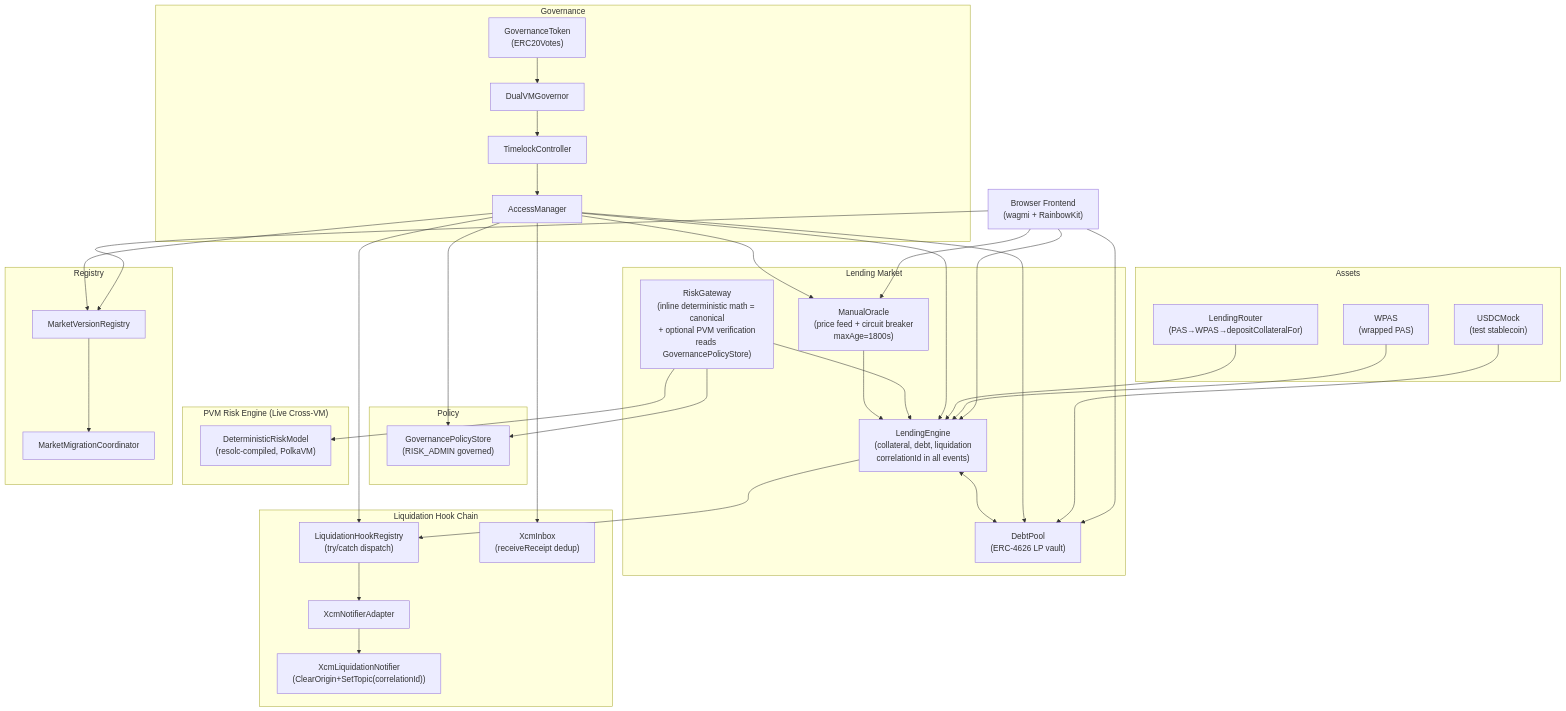
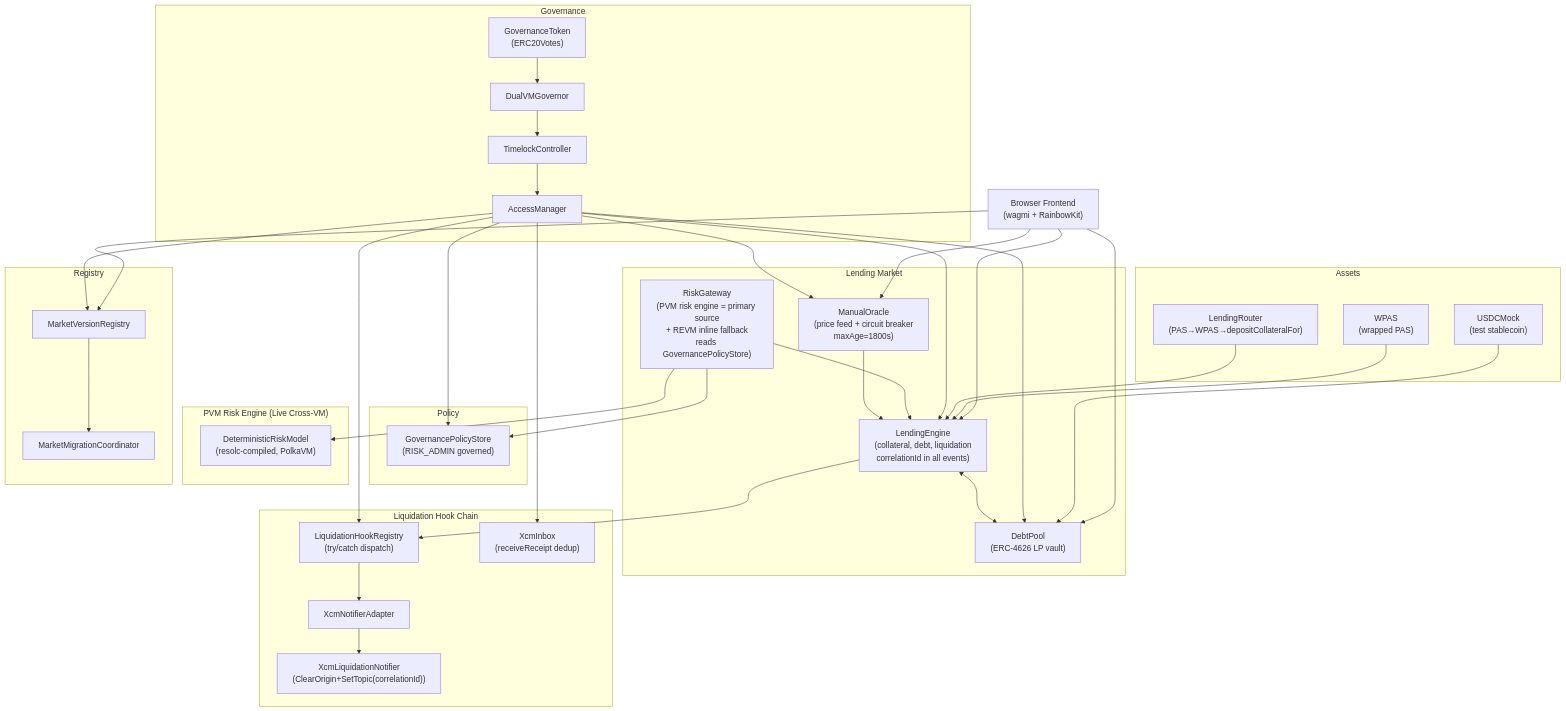
One commit to symulacr/dualvm-lending changed the first of 10 diagrams in README.md. Above: the diagram before and after it, drawn with Mermaid. The commit also changed other lines of this file and 410 other files, not shown here.

First line of the commit message:
docs: Track 2 verification evidence + updated docs for PVM-primary architecture

````diff
--- a/README.md
+++ b/README.md
@@ -46,56 +48,56 @@
 ```mermaid
 flowchart TB
   subgraph Governance
     GT["GovernanceToken\n(ERC20Votes)"] --> GOV["DualVMGovernor"]
     GOV --> TL["TimelockController"]
     TL --> AM["AccessManager"]
   end
 
   subgraph Policy
     GPS["GovernancePolicyStore\n(RISK_ADMIN governed)"]
   end
 
   subgraph Market["Lending Market"]
     LE["LendingEngine\n(collateral, debt, liquidation\ncorrelationId in all events)"]
     DP["DebtPool\n(ERC-4626 LP vault)"]
     MO["ManualOracle\n(price feed + circuit breaker\nmaxAge=1800s)"]
-    RG["RiskGateway\n(inline deterministic math = canonical\n+ optional PVM verification\nreads GovernancePolicyStore)"]
+    RG["RiskGateway\n(PVM risk engine = primary source\n+ REVM inline fallback\nreads GovernancePolicyStore)"]
     LE <--> DP
     MO --> LE
     RG --> LE
   end
 
   subgraph PVM["PVM Risk Engine (Live Cross-VM)"]
     QE["DeterministicRiskModel\n(resolc-compiled, PolkaVM)"]
   end
 
   subgraph Hooks["Liquidation Hook Chain"]
     HR["LiquidationHookRegistry\n(try/catch dispatch)"]
     XNA["XcmNotifierAdapter"]
     XLN["XcmLiquidationNotifier\n(ClearOrigin+SetTopic(correlationId))"]
     XI["XcmInbox\n(receiveReceipt dedup)"]
   end
 
   subgraph Assets
     WPAS["WPAS\n(wrapped PAS)"]
     USDC["USDCMock\n(test stablecoin)"]
     LR["LendingRouter\n(PAS→WPAS→depositCollateralFor)"]
   end
 
   subgraph Registry
     MVR["MarketVersionRegistry"]
     MMC["MarketMigrationCoordinator"]
   end
 
   AM --> LE & DP & MO & MVR & HR & XI & GPS
   RG --> GPS
   RG --> QE
   LE --> HR
   HR --> XNA --> XLN
   LR --> LE
   WPAS --> LE
   USDC --> DP
   MVR --> MMC
 
   FE["Browser Frontend\n(wagmi + RainbowKit)"] --> LE & DP & MO & MVR
 ```
````
